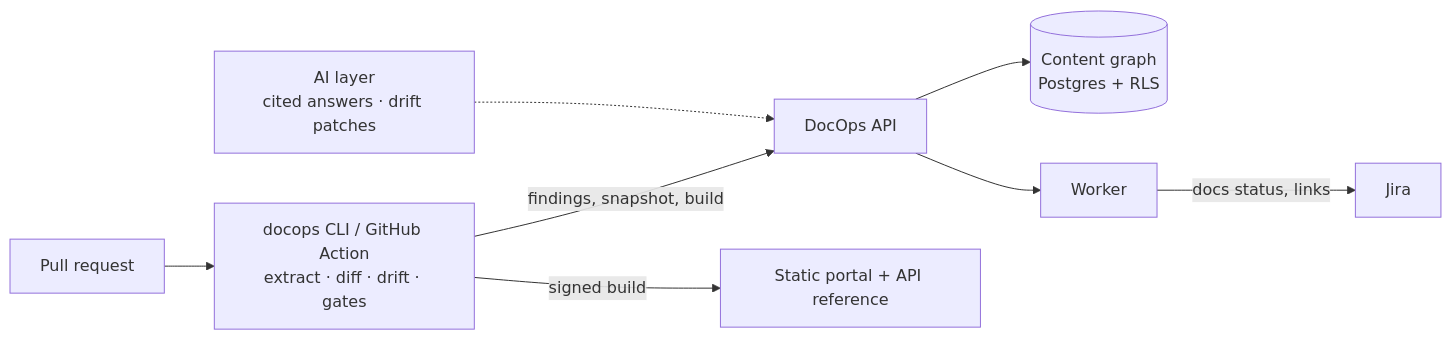
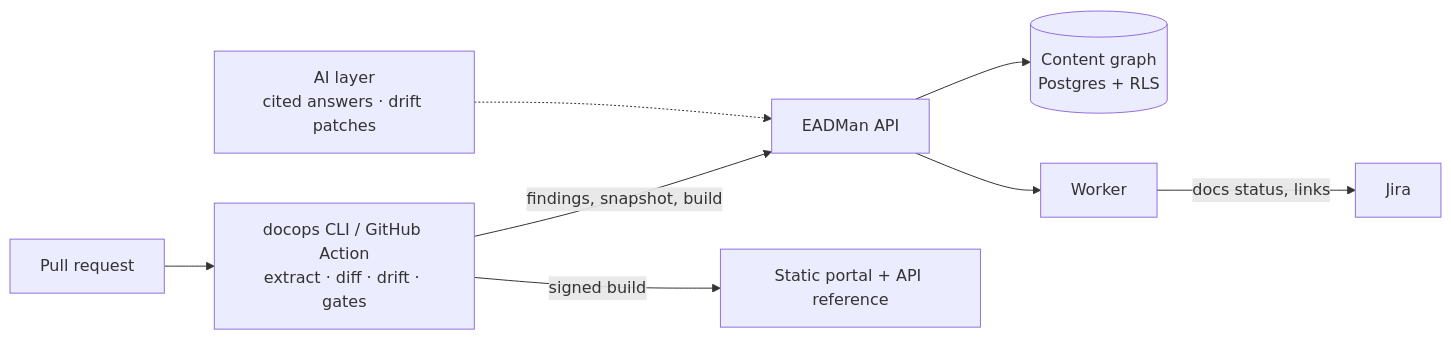
Before and after one commit to mdzaman/eadman: the diagram in README.md, drawn with Mermaid. The commit also changed other lines of this file and 70 other files, not shown here.

````diff
--- a/README.md
+++ b/README.md
@@ -53,10 +53,10 @@
 ```mermaid
 flowchart LR
   pr["Pull request"] --> cli["docops CLI / GitHub Action<br/>extract · diff · drift · gates"]
-  cli -- "findings, snapshot, build" --> api["DocOps API"]
+  cli -- "findings, snapshot, build" --> api["EADMan API"]
   api --> db[("Content graph<br/>Postgres + RLS")]
   api --> w["Worker"]
   w -- "docs status, links" --> jira["Jira"]
   cli -- "signed build" --> portal["Static portal + API reference"]
   ai["AI layer<br/>cited answers · drift patches"] -.-> api
 ```
````
